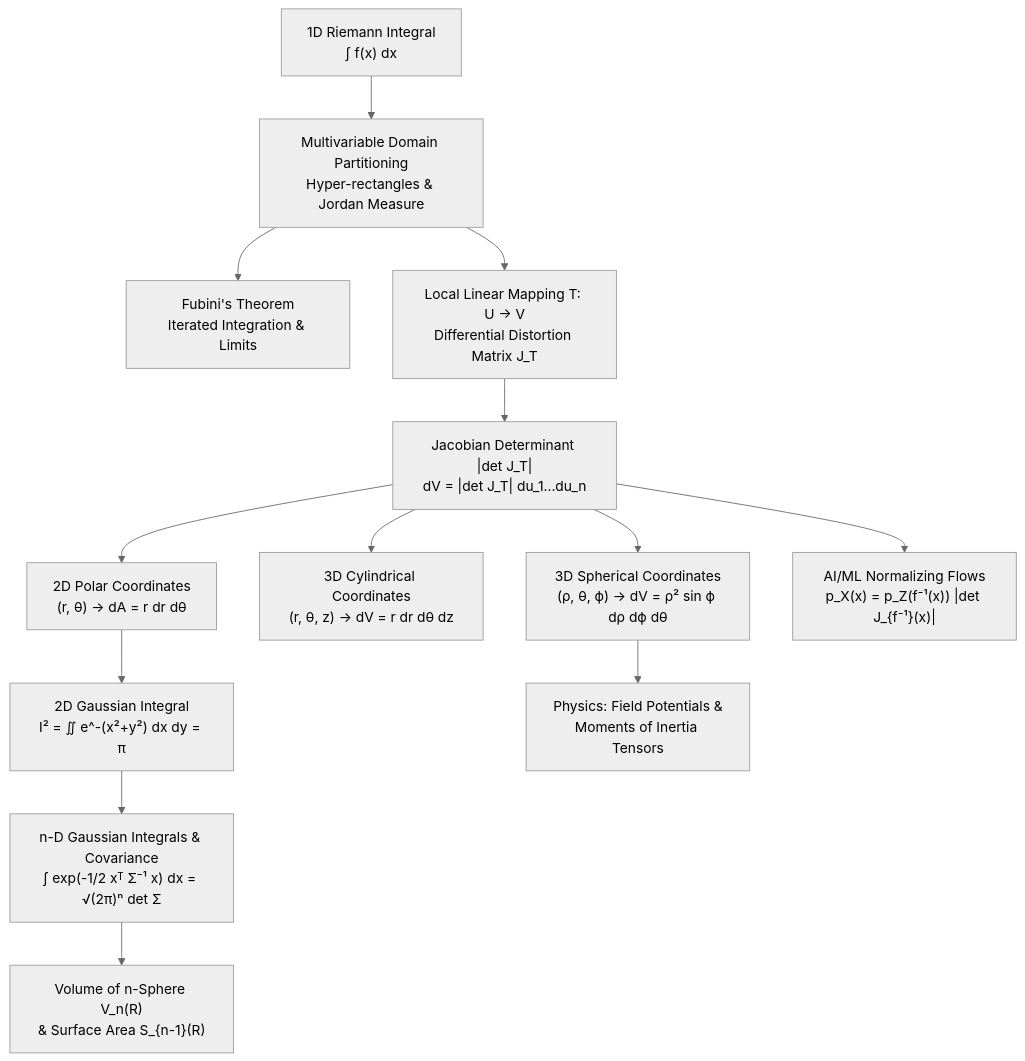
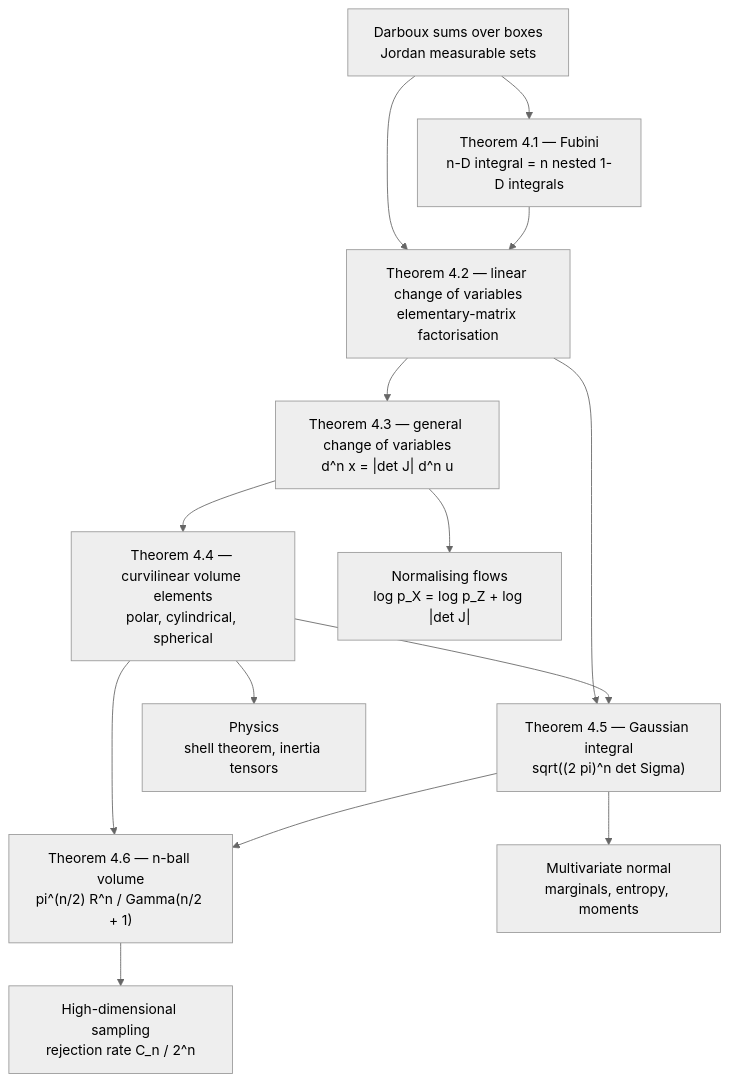
Before and after one commit to hien078/applied-mathematics-foundation: the diagram in calculus/13_multiple_integrals_coordinate_transforms/README.md, drawn with Mermaid (neutral theme). The commit also changed other lines of this file and 25 other files, not shown here.

````diff
--- a/calculus/13_multiple_integrals_coordinate_transforms/README.md
+++ b/calculus/13_multiple_integrals_coordinate_transforms/README.md
@@ -19,15 +68,16 @@
 ```mermaid
 flowchart TD
-    A["1D Riemann Integral<br>∫ f(x) dx"] --> B["Multivariable Domain Partitioning<br>Hyper-rectangles & Jordan Measure"]
-    B --> C["Fubini's Theorem<br>Iterated Integration & Limits"]
-    B --> D["Local Linear Mapping T: U → V<br>Differential Distortion Matrix J_T"]
-    D --> E["Jacobian Determinant |det J_T|<br>dV = |det J_T| du_1...du_n"]
-    E --> F1["2D Polar Coordinates<br>(r, θ) → dA = r dr dθ"]
-    E --> F2["3D Cylindrical Coordinates<br>(r, θ, z) → dV = r dr dθ dz"]
-    E --> F3["3D Spherical Coordinates<br>(ρ, θ, ϕ) → dV = ρ² sin ϕ dρ dϕ dθ"]
-    F1 --> G["2D Gaussian Integral<br>I² = ∬ e^-(x²+y²) dx dy = π"]
-    G --> H["n-D Gaussian Integrals & Covariance<br>∫ exp(-1/2 xᵀ Σ⁻¹ x) dx = √(2π)ⁿ det Σ"]
-    H --> I1["Volume of n-Sphere V_n(R)<br>& Surface Area S_{n-1}(R)"]
-    E --> I2["AI/ML Normalizing Flows<br>p_X(x) = p_Z(f⁻¹(x)) |det J_{f⁻¹}(x)|"]
-    F3 --> I3["Physics: Field Potentials &<br>Moments of Inertia Tensors"]
+    A["Darboux sums over boxes<br>Jordan measurable sets"] --> B["Theorem 4.1 — Fubini<br>n-D integral = n nested 1-D integrals"]
+    A --> C["Theorem 4.2 — linear change of variables<br>elementary-matrix factorisation"]
+    B --> C
+    C --> D["Theorem 4.3 — general change of variables<br>d^n x = |det J| d^n u"]
+    D --> E["Theorem 4.4 — curvilinear volume elements<br>polar, cylindrical, spherical"]
+    C --> F["Theorem 4.5 — Gaussian integral<br>sqrt((2 pi)^n det Sigma)"]
+    E --> F
+    E --> G["Theorem 4.6 — n-ball volume<br>pi^(n/2) R^n / Gamma(n/2 + 1)"]
+    F --> G
+    D --> H["Normalising flows<br>log p_X = log p_Z + log |det J|"]
+    F --> I["Multivariate normal<br>marginals, entropy, moments"]
+    E --> J["Physics<br>shell theorem, inertia tensors"]
+    G --> K["High-dimensional sampling<br>rejection rate C_n / 2^n"]
 ```
````
